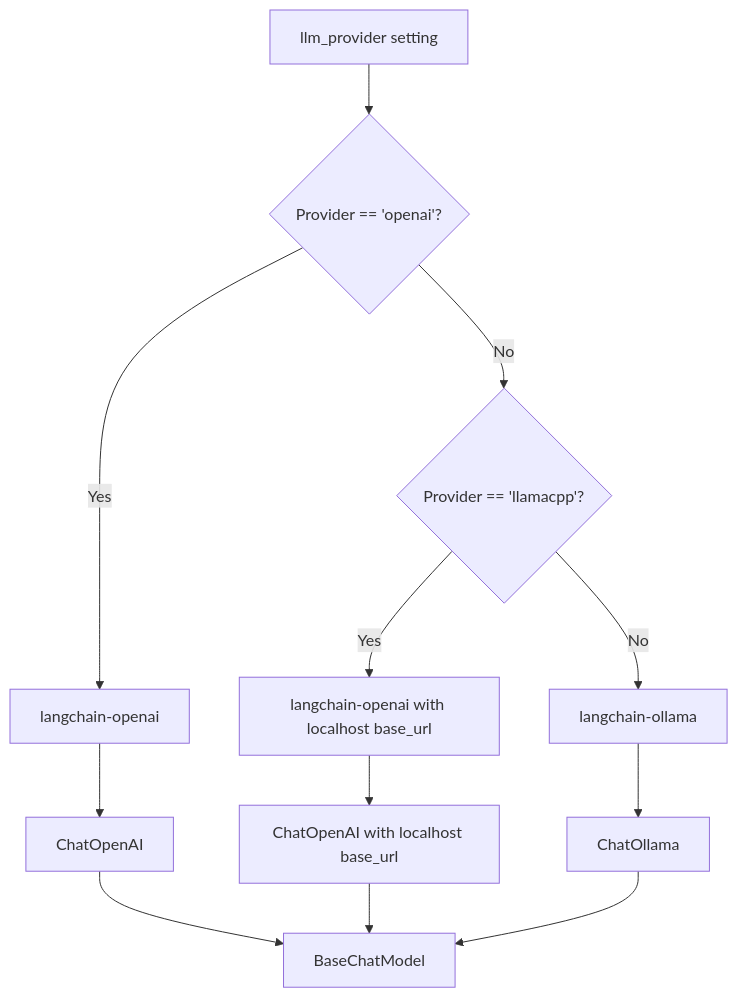
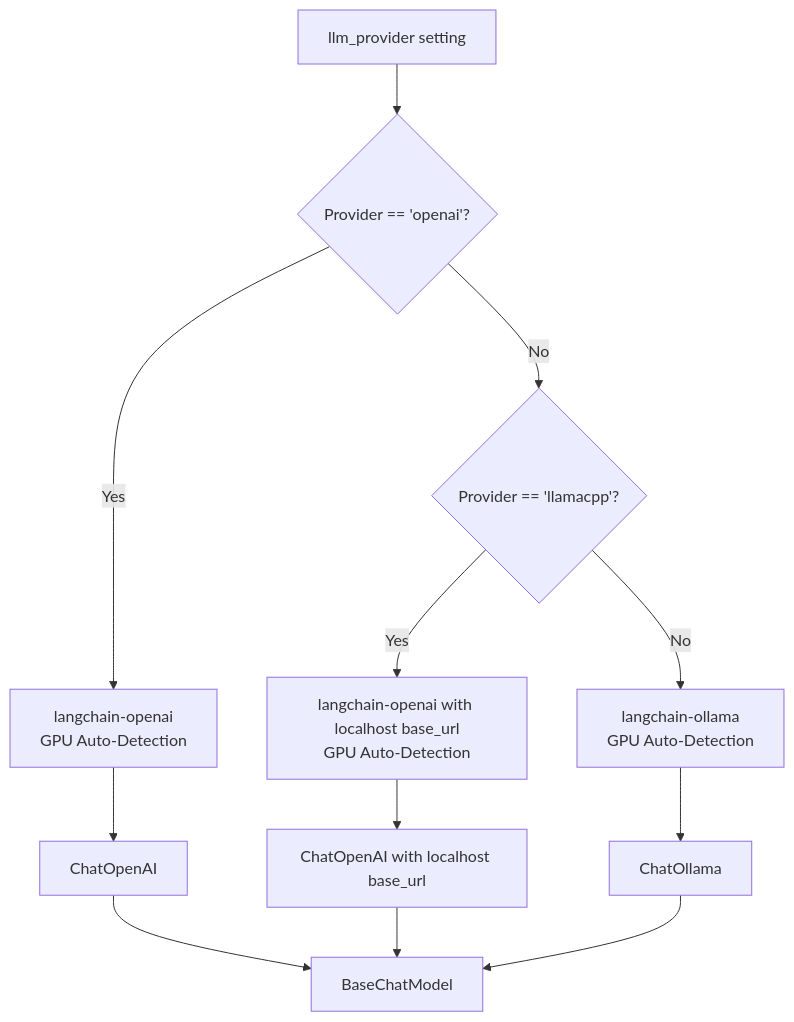
One commit to ognelis/cafetera_hr_bot changed diagram 17 of 22 in .qoder/repowiki/en/content/RAG Integration/RAG Integration.md. Above: the diagram before and after it, drawn with Mermaid. The commit also changed other lines of this file and 16 other files, not shown here.

````diff
--- a/.qoder/repowiki/en/content/RAG Integration/RAG Integration.md
+++ b/.qoder/repowiki/en/content/RAG Integration/RAG Integration.md
@@ -948,14 +964,14 @@
 ```mermaid
 flowchart TD
 ProviderConfig["llm_provider setting"] --> CheckOpenAI{"Provider == 'openai'?"}
-CheckOpenAI --> |Yes| OpenAIAdapter["langchain-openai"]
+CheckOpenAI --> |Yes| OpenAIAdapter["langchain-openai<br/>GPU Auto-Detection"]
 CheckOpenAI --> |No| CheckLlamaCPP{"Provider == 'llamacpp'?"}
-CheckLlamaCPP --> |Yes| LlamaCPPAdapter["langchain-openai with localhost base_url"]
-CheckLlamaCPP --> |No| OllamaAdapter["langchain-ollama"]
+CheckLlamaCPP --> |Yes| LlamaCPPAdapter["langchain-openai with localhost base_url<br/>GPU Auto-Detection"]
+CheckLlamaCPP --> |No| OllamaAdapter["langchain-ollama<br/>GPU Auto-Detection"]
 OpenAIAdapter --> ChatOpenAI["ChatOpenAI"]
 LlamaCPPAdapter --> ChatOpenAICustom["ChatOpenAI with localhost base_url"]
 OllamaAdapter --> ChatOllama["ChatOllama"]
 ChatOpenAI --> LLMInstance["BaseChatModel"]
 ChatOpenAICustom --> LLMInstance
 ChatOllama --> LLMInstance
 ```
````
